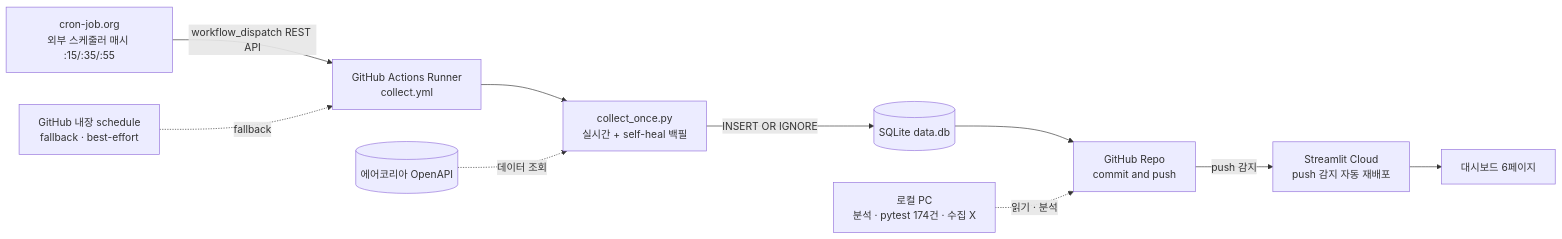
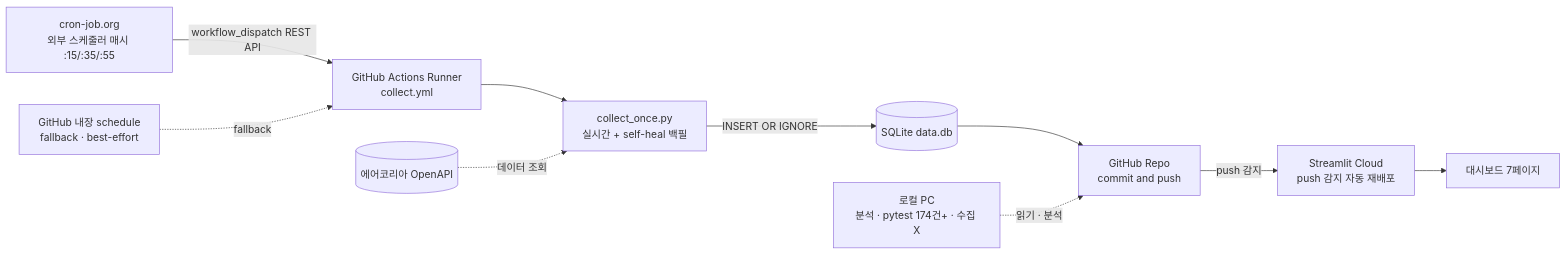
The diagram in README.md (robinho0329/chungbuk-air-quality-monitor), drawn with Mermaid before and after one commit. The commit also changed other lines of this file and 2 other files, not shown here.

First line of the commit message:
feat: 이상탐지·풍향기상분석 대시보드 페이지 추가 및 README 업데이트

````diff
--- a/README.md
+++ b/README.md
@@ -56,23 +56,23 @@
 ```mermaid
 flowchart LR
     CRON["cron-job.org<br/>외부 스케줄러 매시 :15/:35/:55"]
     SCHED["GitHub 내장 schedule<br/>fallback · best-effort"]
     GHA["GitHub Actions Runner<br/>collect.yml"]
     COLLECT["collect_once.py<br/>실시간 + self-heal 백필"]
     API[("에어코리아 OpenAPI")]
     DB[("SQLite data.db")]
     REPO["GitHub Repo<br/>commit and push"]
     CLOUD["Streamlit Cloud<br/>push 감지 자동 재배포"]
-    DASH["대시보드 6페이지"]
-    LOCAL["로컬 PC<br/>분석 · pytest 174건 · 수집 X"]
+    DASH["대시보드 7페이지"]
+    LOCAL["로컬 PC<br/>분석 · pytest 174건+ · 수집 X"]
 
     CRON -->|"workflow_dispatch REST API"| GHA
     SCHED -.->|"fallback"| GHA
     GHA --> COLLECT
     API -.->|"데이터 조회"| COLLECT
     COLLECT -->|"INSERT OR IGNORE"| DB
     DB --> REPO
     REPO -->|"push 감지"| CLOUD
     CLOUD --> DASH
     LOCAL -.->|"읽기 · 분석"| REPO
 ```
````
